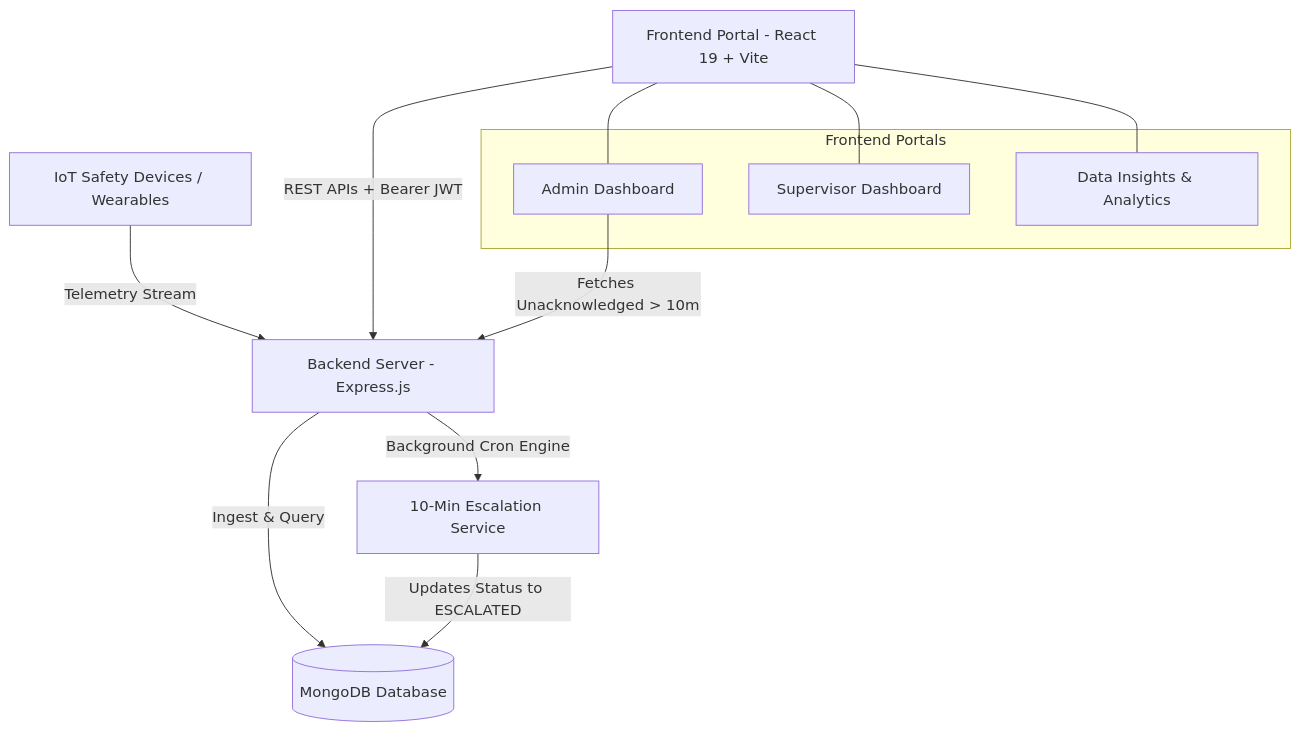
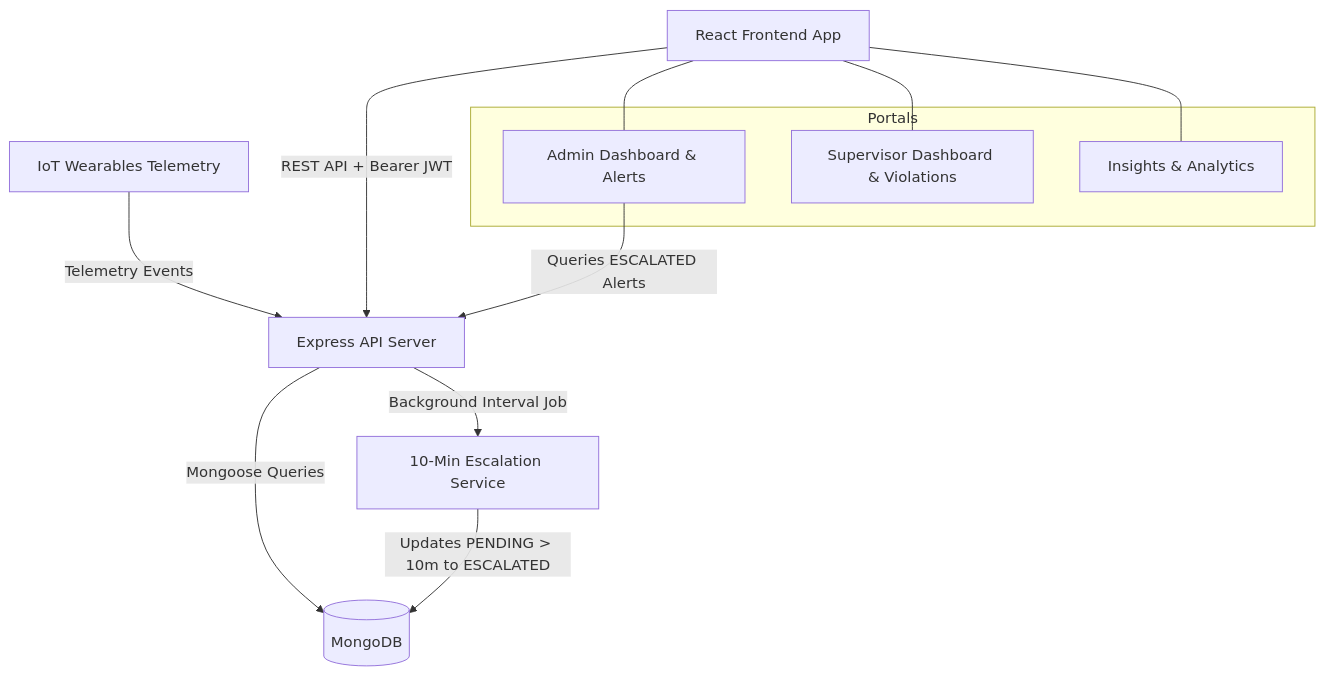
One commit to ak8006181716/WorkForce-Sentinel changed the first of 2 diagrams in docs/PROJECT_DOCUMENTATION.md. Above: the diagram before and after it, drawn with Mermaid. The commit also changed other lines of this file and 9 other files, not shown here.

````diff
--- a/docs/PROJECT_DOCUMENTATION.md
+++ b/docs/PROJECT_DOCUMENTATION.md
@@ -13,21 +7,21 @@
 ```mermaid
 graph TD
-    A[IoT Safety Devices / Wearables] -->|Telemetry Stream| B[Backend Server - Express.js]
-    B -->|Ingest & Query| C[(MongoDB Database)]
-    B -->|Background Cron Engine| D[10-Min Escalation Service]
+    A[IoT Wearables Telemetry] -->|Telemetry Events| B[Express API Server]
+    B -->|Mongoose Queries| C[(MongoDB)]
+    B -->|Background Interval Job| D[10-Min Escalation Service]
     
-    E[Frontend Portal - React 19 + Vite] -->|REST APIs + Bearer JWT| B
+    E[React Frontend App] -->|REST API + Bearer JWT| B
     
-    subgraph Frontend Portals
-        F[Admin Dashboard]
-        G[Supervisor Dashboard]
-        H[Data Insights & Analytics]
+    subgraph Portals
+        F[Admin Dashboard & Alerts]
+        G[Supervisor Dashboard & Violations]
+        H[Insights & Analytics]
     end
 
     E --- F
     E --- G
     E --- H
 
-    D -->|Updates Status to ESCALATED| C
-    F -->|Fetches Unacknowledged > 10m| B
+    D -->|Updates PENDING > 10m to ESCALATED| C
+    F -->|Queries ESCALATED Alerts| B
 ```
````
